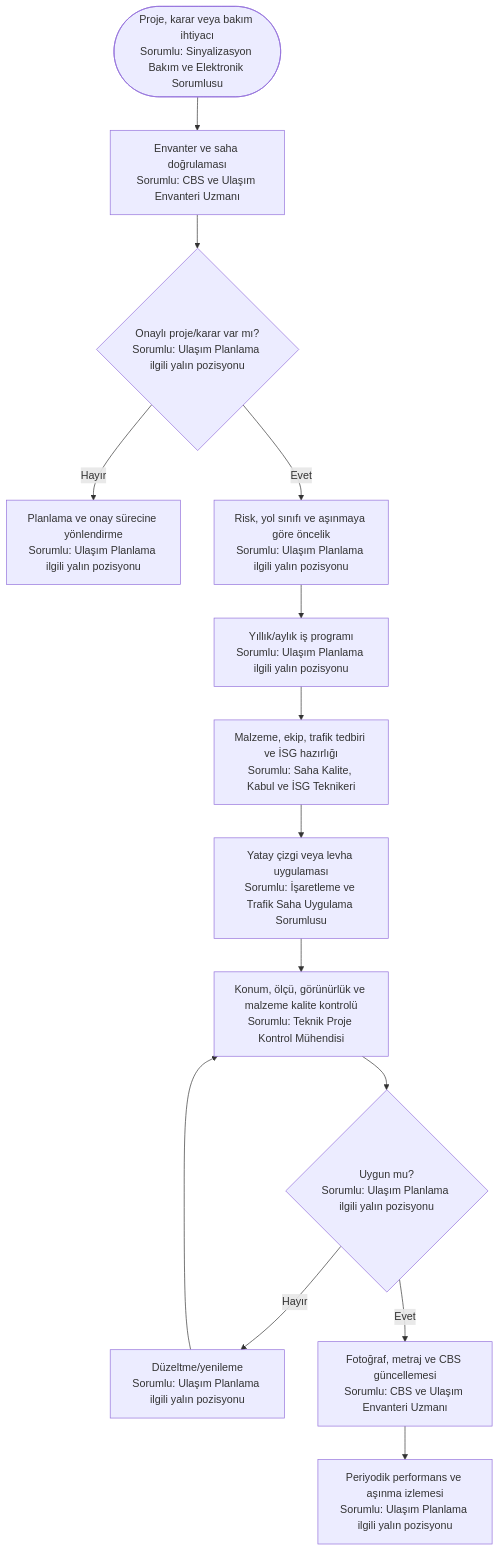
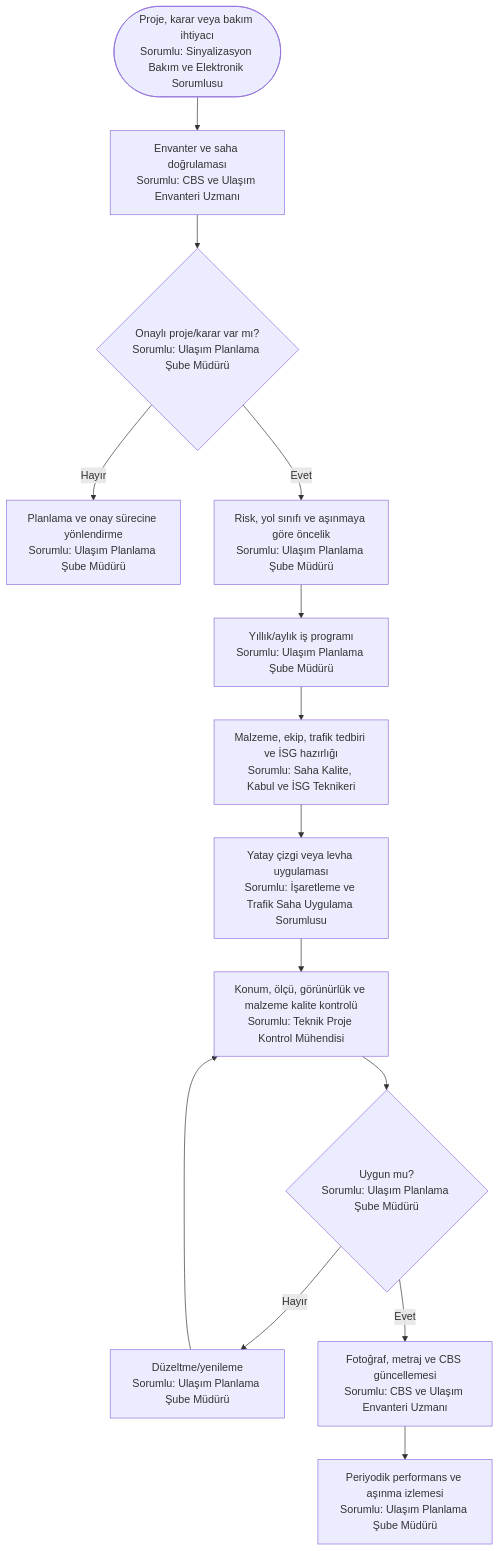
The fifth of 6 diagrams in 11_yalin_surec_haritalari_sorumlulari_belirtilmis/trafik_planlama/README.md (merdaergen-create/Ulasim_Dairesi_Is_Analizi), drawn with Mermaid before and after one commit. The commit also changed other lines of this file and 9 other files, not shown here.

Commit message:
Yalın süreç haritalarını koruyarak kesin sorumlu pozisyonları ekle

````diff
--- a/11_yalin_surec_haritalari_sorumlulari_belirtilmis/trafik_planlama/README.md
+++ b/11_yalin_surec_haritalari_sorumlulari_belirtilmis/trafik_planlama/README.md
@@ -174,16 +174,16 @@
 ```mermaid
 flowchart TD
     A([Proje, karar veya bakım ihtiyacı<br/>Sorumlu: Sinyalizasyon Bakım ve Elektronik Sorumlusu]) --> B[Envanter ve saha doğrulaması<br/>Sorumlu: CBS ve Ulaşım Envanteri Uzmanı]
-    B --> C{Onaylı proje/karar var mı?<br/>Sorumlu: Ulaşım Planlama ilgili yalın pozisyonu}
-    C -- Hayır --> D[Planlama ve onay sürecine yönlendirme<br/>Sorumlu: Ulaşım Planlama ilgili yalın pozisyonu]
-    C -- Evet --> E[Risk, yol sınıfı ve aşınmaya göre öncelik<br/>Sorumlu: Ulaşım Planlama ilgili yalın pozisyonu]
-    E --> F[Yıllık/aylık iş programı<br/>Sorumlu: Ulaşım Planlama ilgili yalın pozisyonu]
+    B --> C{Onaylı proje/karar var mı?<br/>Sorumlu: Ulaşım Planlama Şube Müdürü}
+    C -- Hayır --> D[Planlama ve onay sürecine yönlendirme<br/>Sorumlu: Ulaşım Planlama Şube Müdürü]
+    C -- Evet --> E[Risk, yol sınıfı ve aşınmaya göre öncelik<br/>Sorumlu: Ulaşım Planlama Şube Müdürü]
+    E --> F[Yıllık/aylık iş programı<br/>Sorumlu: Ulaşım Planlama Şube Müdürü]
     F --> G[Malzeme, ekip, trafik tedbiri ve İSG hazırlığı<br/>Sorumlu: Saha Kalite, Kabul ve İSG Teknikeri]
     G --> H[Yatay çizgi veya levha uygulaması<br/>Sorumlu: İşaretleme ve Trafik Saha Uygulama Sorumlusu]
     H --> I[Konum, ölçü, görünürlük ve malzeme kalite kontrolü<br/>Sorumlu: Teknik Proje Kontrol Mühendisi]
-    I --> J{Uygun mu?<br/>Sorumlu: Ulaşım Planlama ilgili yalın pozisyonu}
-    J -- Hayır --> K[Düzeltme/yenileme<br/>Sorumlu: Ulaşım Planlama ilgili yalın pozisyonu]
+    I --> J{Uygun mu?<br/>Sorumlu: Ulaşım Planlama Şube Müdürü}
+    J -- Hayır --> K[Düzeltme/yenileme<br/>Sorumlu: Ulaşım Planlama Şube Müdürü]
     K --> I
     J -- Evet --> L[Fotoğraf, metraj ve CBS güncellemesi<br/>Sorumlu: CBS ve Ulaşım Envanteri Uzmanı]
-    L --> M[Periyodik performans ve aşınma izlemesi<br/>Sorumlu: Ulaşım Planlama ilgili yalın pozisyonu]
+    L --> M[Periyodik performans ve aşınma izlemesi<br/>Sorumlu: Ulaşım Planlama Şube Müdürü]
 ```
````
